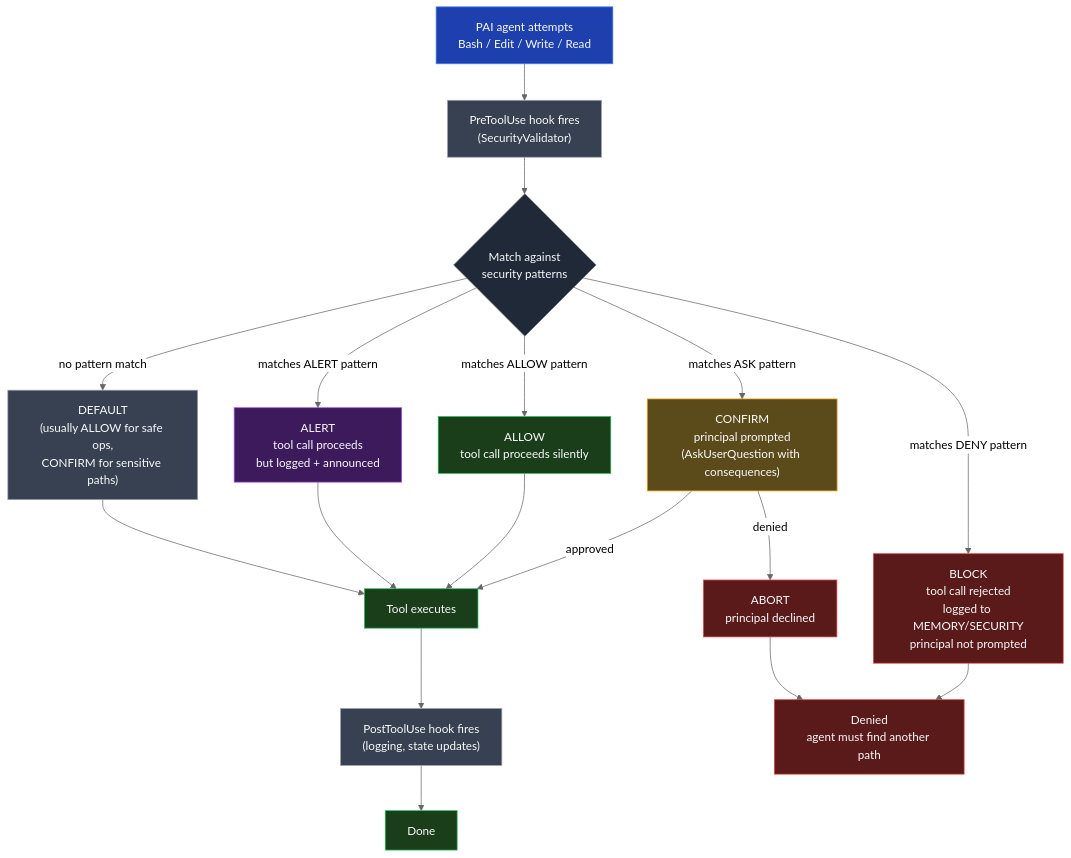
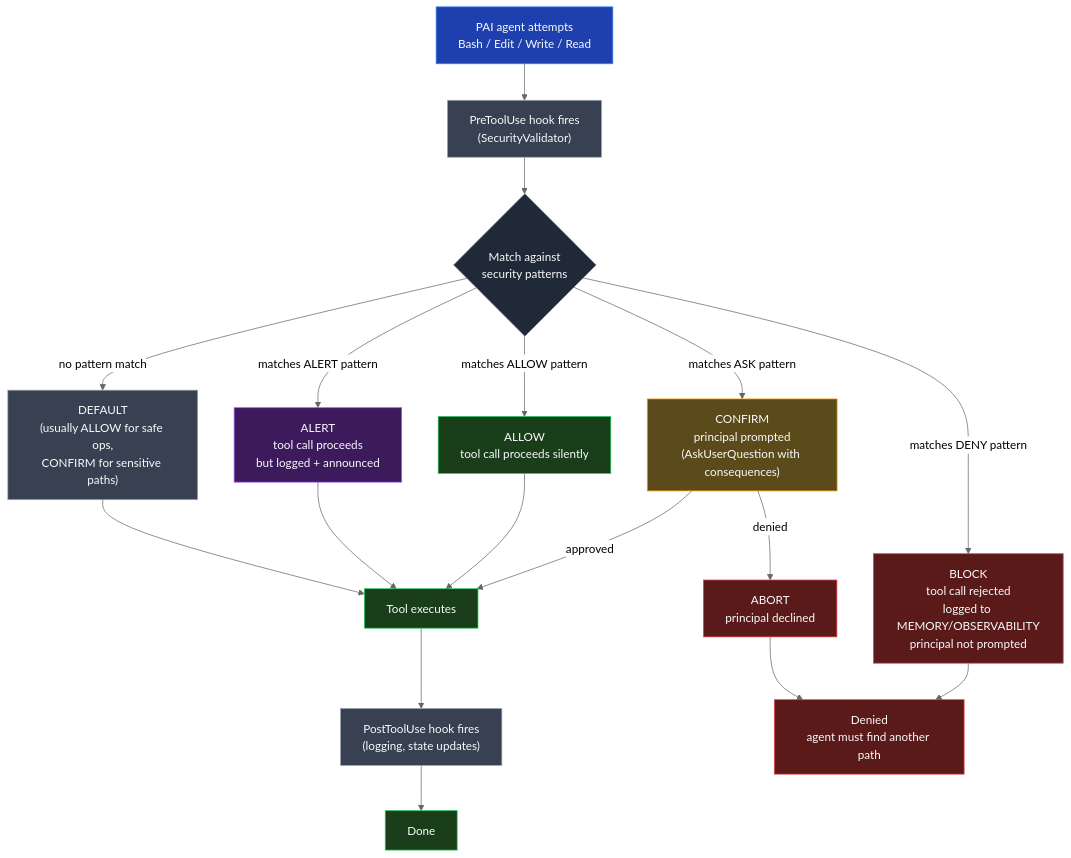
The diagram in diagrams/tool-invocation-flowchart.md (cristbc/triad-setup-guide), drawn with Mermaid (neutral theme) before and after one commit. The commit also changed other lines of this file and 11 other files, not shown here.

````diff
--- a/diagrams/tool-invocation-flowchart.md
+++ b/diagrams/tool-invocation-flowchart.md
@@ -5,50 +5,50 @@
 ```mermaid
 flowchart TD
     REQ["PAI agent attempts<br/>Bash / Edit / Write / Read"] --> HOOK
 
     HOOK["PreToolUse hook fires<br/>(SecurityValidator)"]
     HOOK --> MATCH
 
     MATCH{"Match against<br/>security patterns"}
 
     MATCH -->|"matches DENY pattern"| BLOCK
     MATCH -->|"matches ASK pattern"| CONFIRM
     MATCH -->|"matches ALLOW pattern"| ALLOW
     MATCH -->|"matches ALERT pattern"| ALERT
     MATCH -->|"no pattern match"| DEFAULT
 
-    BLOCK["BLOCK<br/>tool call rejected<br/>logged to MEMORY/SECURITY<br/>principal not prompted"]
+    BLOCK["BLOCK<br/>tool call rejected<br/>logged to MEMORY/OBSERVABILITY<br/>principal not prompted"]
     CONFIRM["CONFIRM<br/>principal prompted<br/>(AskUserQuestion with consequences)"]
     ALLOW["ALLOW<br/>tool call proceeds silently"]
     ALERT["ALERT<br/>tool call proceeds<br/>but logged + announced"]
     DEFAULT["DEFAULT<br/>(usually ALLOW for safe ops,<br/>CONFIRM for sensitive paths)"]
 
     CONFIRM -->|"approved"| EXEC
     CONFIRM -->|"denied"| ABORT["ABORT<br/>principal declined"]
     ALLOW --> EXEC
     ALERT --> EXEC
     DEFAULT --> EXEC
 
     EXEC["Tool executes"]
     EXEC --> POST
 
     POST["PostToolUse hook fires<br/>(logging, state updates)"]
     POST --> DONE["Done"]
 
     BLOCK --> DENIED["Denied<br/>agent must find another path"]
     ABORT --> DENIED
 
     style REQ fill:#1E40AF,stroke:#3B82F6,color:#F9FAFB
     style HOOK fill:#374151,stroke:#9CA3AF,color:#F9FAFB
     style MATCH fill:#1F2937,stroke:#6B7280,color:#F9FAFB
     style BLOCK fill:#5B1A1A,stroke:#EF4444,color:#F9FAFB
     style CONFIRM fill:#5B4A1A,stroke:#F59E0B,color:#F9FAFB
     style ALLOW fill:#1A3D1A,stroke:#22C55E,color:#F9FAFB
     style ALERT fill:#3D1A5B,stroke:#A855F7,color:#F9FAFB
     style DEFAULT fill:#374151,stroke:#9CA3AF,color:#F9FAFB
     style ABORT fill:#5B1A1A,stroke:#EF4444,color:#F9FAFB
     style EXEC fill:#1A3D1A,stroke:#22C55E,color:#F9FAFB
     style POST fill:#374151,stroke:#9CA3AF,color:#F9FAFB
     style DONE fill:#1A3D1A,stroke:#22C55E,color:#F9FAFB
     style DENIED fill:#5B1A1A,stroke:#EF4444,color:#F9FAFB
 ```
````
